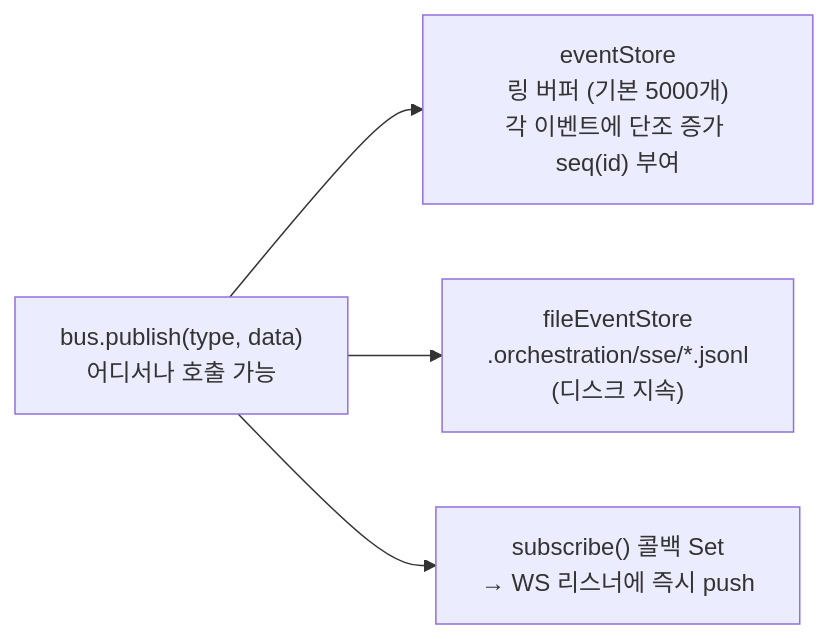
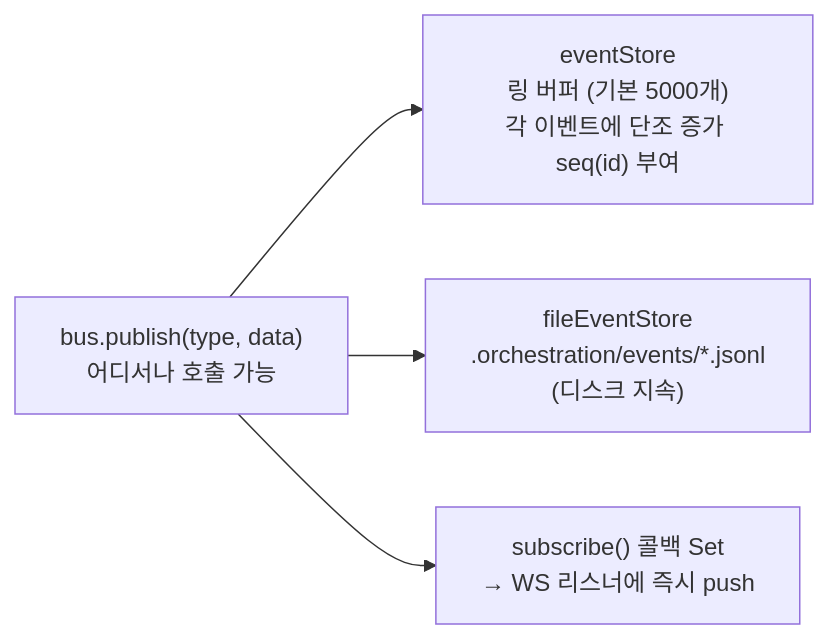
One commit to sdadaniel/orchestation changed the third of 4 diagrams in docs/architecture/orchestrator-node-architecture.md. Above: the diagram before and after it, drawn with Mermaid. The commit also changed 13 other files, not shown here.

First line of the commit message:
refactor: rename SSE bus to event bus

````diff
--- a/docs/architecture/orchestrator-node-architecture.md
+++ b/docs/architecture/orchestrator-node-architecture.md
@@ -98,11 +98,11 @@
 ```mermaid
 flowchart LR
   publisher["bus.publish(type, data)\n어디서나 호출 가능"]
   ring["eventStore\n링 버퍼 (기본 5000개)\n각 이벤트에 단조 증가 seq(id) 부여"]
-  file_store["fileEventStore\n.orchestration/sse/*.jsonl\n(디스크 지속)"]
+  file_store["fileEventStore\n.orchestration/events/*.jsonl\n(디스크 지속)"]
   listeners["subscribe() 콜백 Set\n→ WS 리스너에 즉시 push"]
 
   publisher --> ring
   publisher --> file_store
   publisher --> listeners
 ```
````
